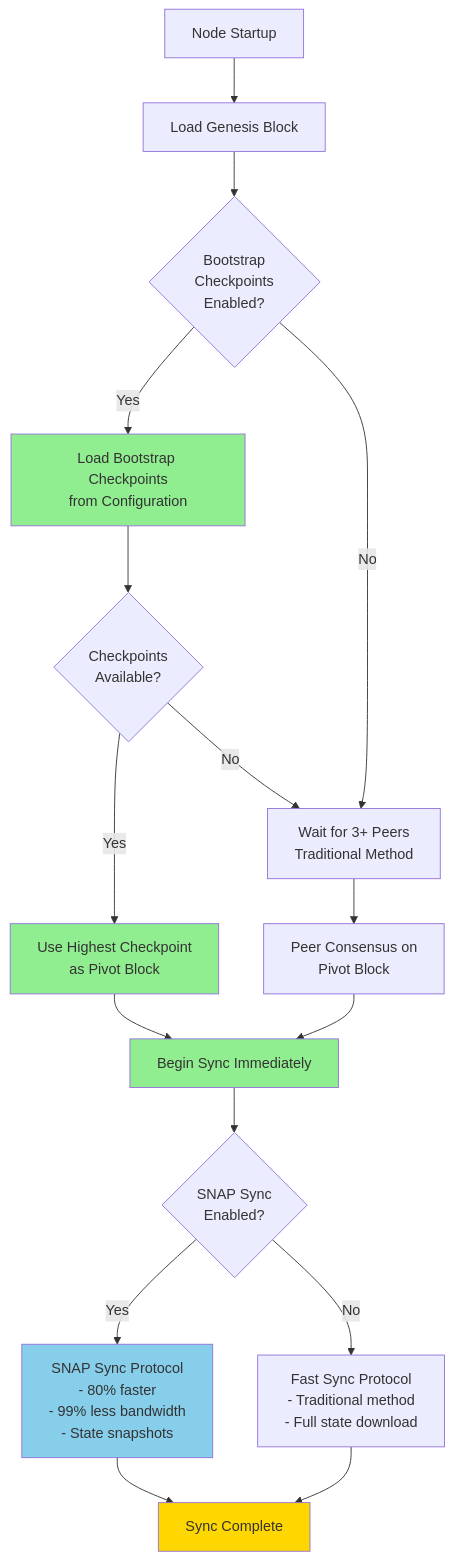
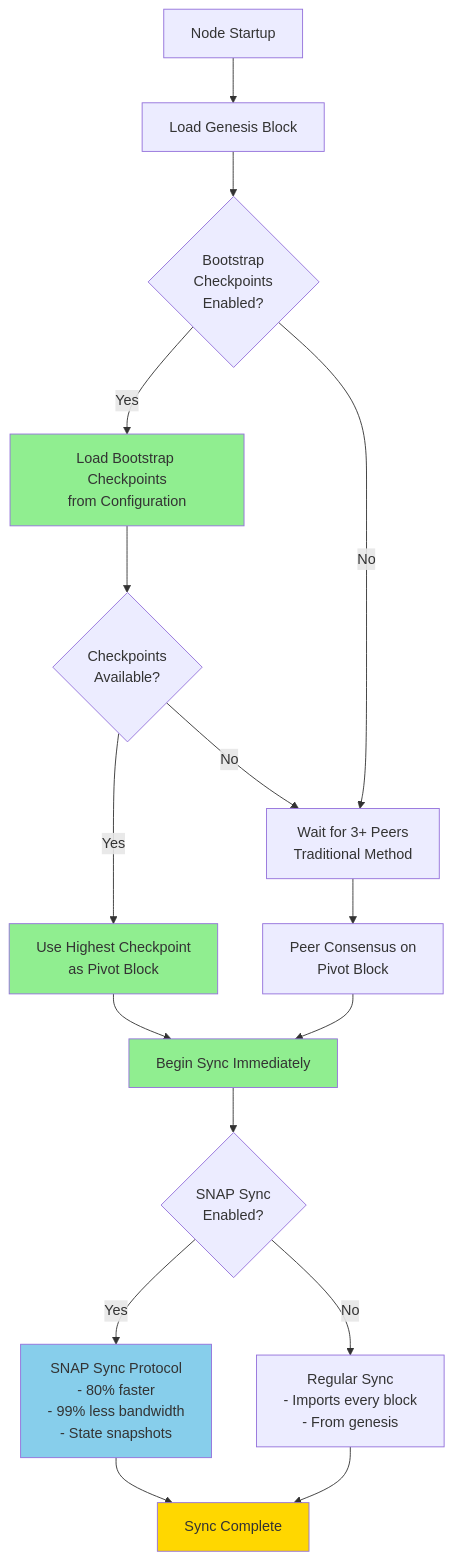
The first of 2 diagrams in docs/runbooks/checkpoint-service.md (chippr-robotics/fukuii), drawn with Mermaid before and after one commit. The commit also changed other lines of this file and 17 other files, not shown here.

First line of the commit message:
docs: remove fast sync from the operator docs; add the upgrade note

````diff
--- a/docs/runbooks/checkpoint-service.md
+++ b/docs/runbooks/checkpoint-service.md
@@ -13,29 +13,29 @@
 ```mermaid
 graph TB
     Start[Node Startup] --> Genesis[Load Genesis Block]
     Genesis --> CheckCP{Bootstrap<br/>Checkpoints<br/>Enabled?}
     
     CheckCP -->|Yes| LoadCP[Load Bootstrap Checkpoints<br/>from Configuration]
     CheckCP -->|No| WaitPeers[Wait for 3+ Peers<br/>Traditional Method]
     
     LoadCP --> HasCP{Checkpoints<br/>Available?}
     HasCP -->|Yes| UseCP[Use Highest Checkpoint<br/>as Pivot Block]
     HasCP -->|No| WaitPeers
     
     UseCP --> StartSync[Begin Sync Immediately]
     WaitPeers --> Consensus[Peer Consensus on<br/>Pivot Block]
     Consensus --> StartSync
     
     StartSync --> SnapEnabled{SNAP Sync<br/>Enabled?}
     SnapEnabled -->|Yes| SnapSync[SNAP Sync Protocol<br/>- 80% faster<br/>- 99% less bandwidth<br/>- State snapshots]
-    SnapEnabled -->|No| FastSync[Fast Sync Protocol<br/>- Traditional method<br/>- Full state download]
+    SnapEnabled -->|No| FullSync[Regular Sync<br/>- Imports every block<br/>- From genesis]
     
     SnapSync --> Complete[Sync Complete]
-    FastSync --> Complete
+    FullSync --> Complete
     
     style LoadCP fill:#90EE90
     style UseCP fill:#90EE90
     style StartSync fill:#90EE90
     style SnapSync fill:#87CEEB
     style Complete fill:#FFD700
 ```
````
